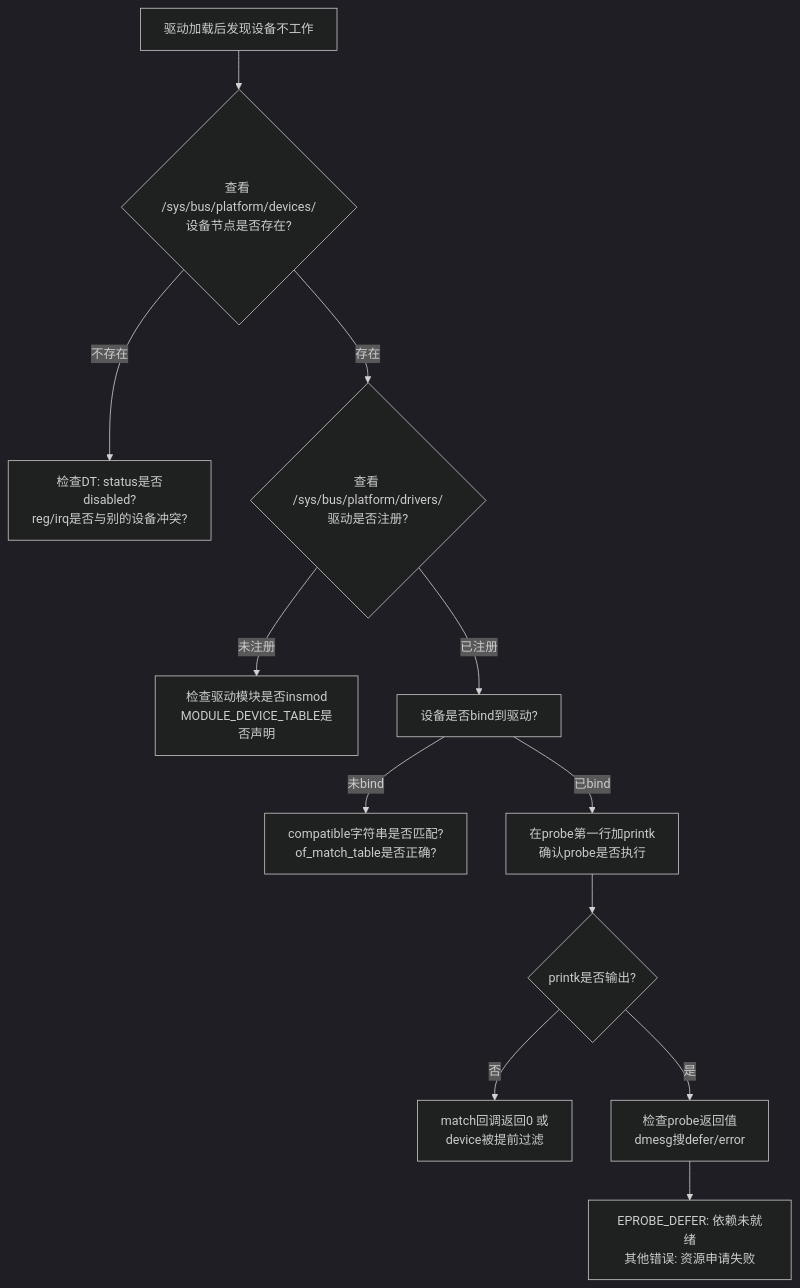
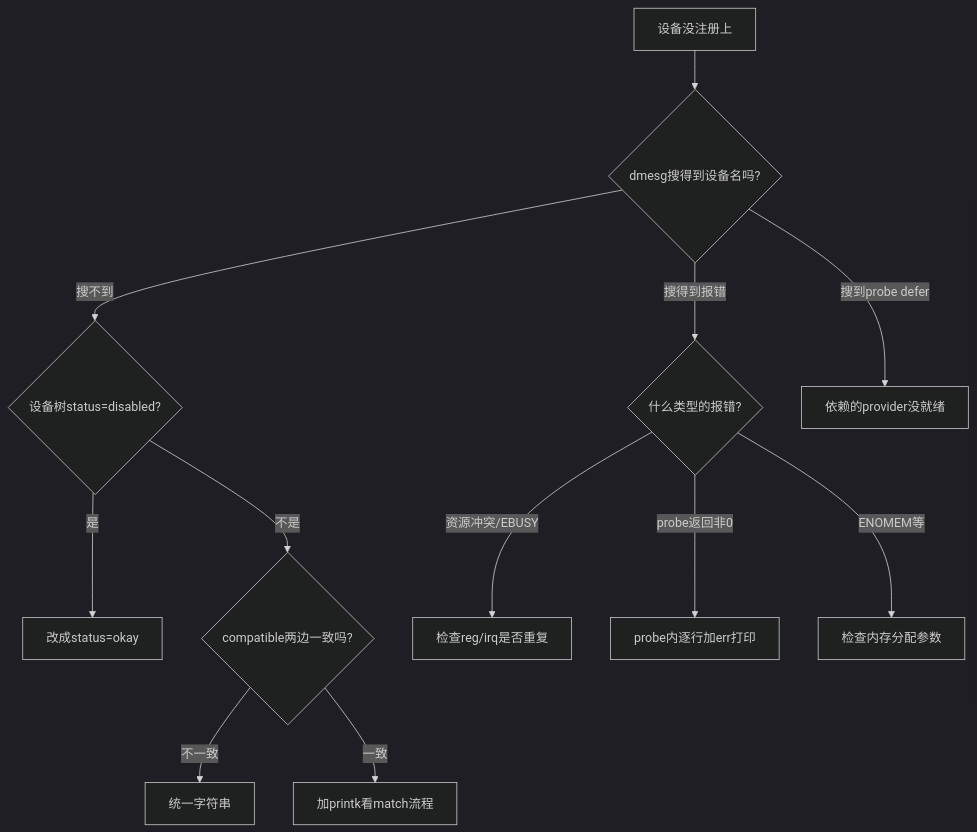
One commit to xiaohong0925/Embedded_Knowledge_System_V2026 changed the diagram in docs/02-核心机制深度解析/第11章 设备模型/11.2.5.md. Above: the diagram before and after it, drawn with Mermaid (dark theme). The commit also changed other lines of this file and 19 other files, not shown here.

````diff
--- a/docs/02-核心机制深度解析/第11章 设备模型/11.2.5.md
+++ b/docs/02-核心机制深度解析/第11章 设备模型/11.2.5.md
@@ -85,14 +65,16 @@
 ```mermaid
 flowchart TD
-    A[驱动加载后发现设备不工作] --> B{查看 /sys/bus/platform/devices/<br>设备节点是否存在?}
-    B -->|不存在| C[检查DT: status是否disabled?<br>reg/irq是否与别的设备冲突?]
-    B -->|存在| D{查看 /sys/bus/platform/drivers/<br>驱动是否注册?}
-    D -->|未注册| E[检查驱动模块是否insmod<br>MODULE_DEVICE_TABLE是否声明]
-    D -->|已注册| F[设备是否bind到驱动?]
-    F -->|未bind| G[compatible字符串是否匹配?<br>of_match_table是否正确?]
-    F -->|已bind| H[在probe第一行加printk<br>确认probe是否执行]
-    H --> I{printk是否输出?}
-    I -->|否| J[match回调返回0 或<br>device被提前过滤]
-    I -->|是| K[检查probe返回值<br>dmesg搜defer/error]
-    K --> L[EPROBE_DEFER: 依赖未就绪<br>其他错误: 资源申请失败]
+    A[设备没注册上] --> B{dmesg搜得到设备名吗?}
+    B -->|搜不到| C{设备树status=disabled?}
+    B -->|搜得到报错| D{什么类型的报错?}
+    B -->|搜到probe defer| E[依赖的provider没就绪]
+    
+    C -->|是| F[改成status=okay]
+    C -->|不是| G{compatible两边一致吗?}
+    G -->|不一致| H[统一字符串]
+    G -->|一致| I[加printk看match流程]
+    
+    D -->|资源冲突/EBUSY| J[检查reg/irq是否重复]
+    D -->|probe返回非0| K[probe内逐行加err打印]
+    D -->|ENOMEM等| L[检查内存分配参数]
 ```
````
